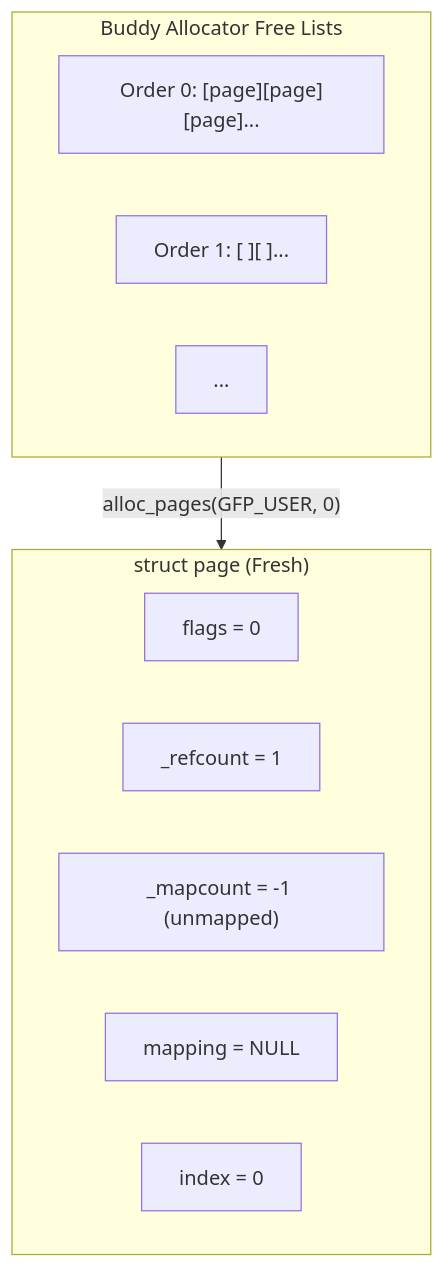
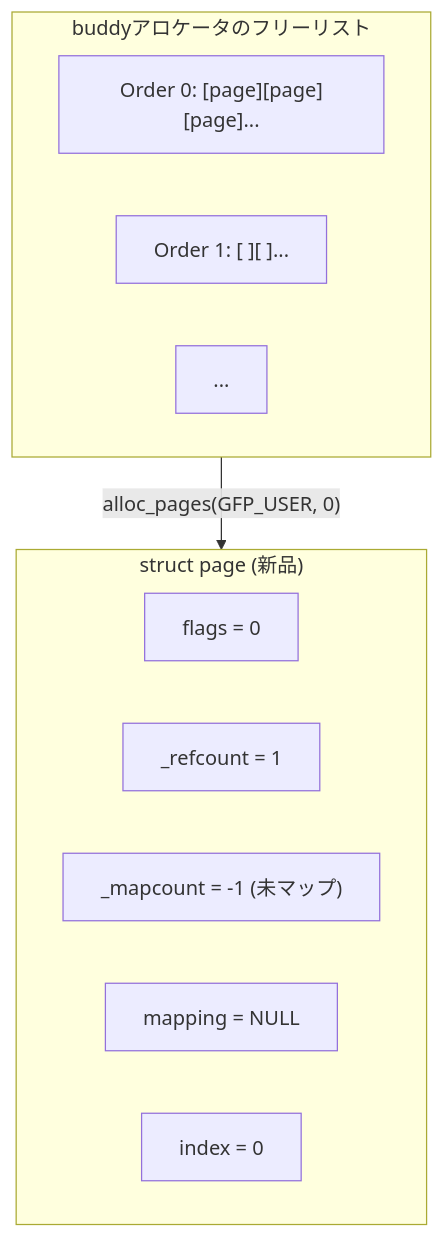
The second of 15 diagrams in docs/mm/life-of-page.md (doguto/linux-kernel-internals-jp), drawn with Mermaid before and after one commit. The commit also changed other lines of this file and 27 other files, not shown here.

````diff
--- a/docs/mm/life-of-page.md
+++ b/docs/mm/life-of-page.md
@@ -39,18 +39,18 @@
 ```mermaid
 flowchart TD
-    subgraph buddy["Buddy Allocator Free Lists"]
+    subgraph buddy["buddyアロケータのフリーリスト"]
         O0["Order 0: [page][page][page]..."]
         O1["Order 1: [    ][    ]..."]
         O2["..."]
     end
 
     buddy -->|"alloc_pages(GFP_USER, 0)"| page
 
-    subgraph page["struct page (Fresh)"]
+    subgraph page["struct page (新品)"]
         P1["flags = 0"]
         P2["_refcount = 1"]
-        P3["_mapcount = -1 (unmapped)"]
+        P3["_mapcount = -1 (未マップ)"]
         P4["mapping = NULL"]
         P5["index = 0"]
     end
 ```
````
